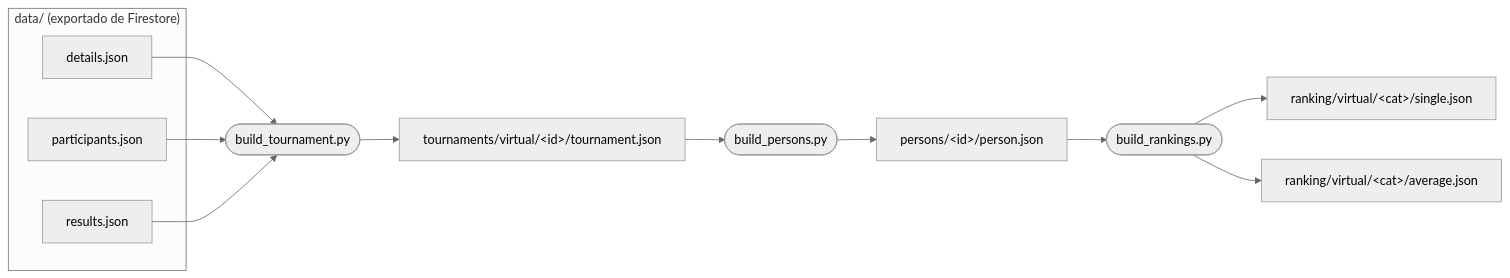
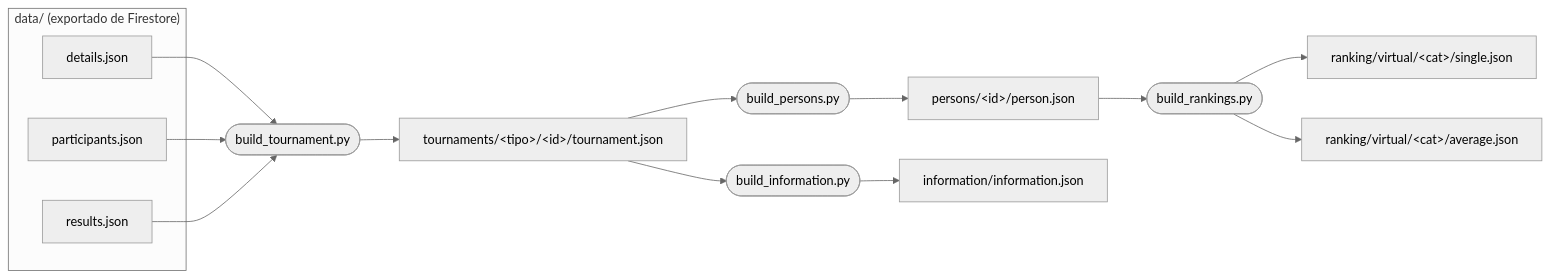
One commit to LegionCubo/LegionCuboData changed the diagram in README.md. Above: the diagram before and after it, drawn with Mermaid (neutral theme). The commit also changed other lines of this file and 1 other file, not shown here.

````diff
--- a/README.md
+++ b/README.md
@@ -7,18 +7,21 @@
 ```mermaid
 flowchart LR
     subgraph data["data/ (exportado de Firestore)"]
         D1[details.json]
         D2[participants.json]
         D3[results.json]
     end
 
     D1 & D2 & D3 --> S1([build_tournament.py])
-    S1 --> T["tournaments/virtual/&lt;id&gt;/tournament.json"]
+    S1 --> T["tournaments/&lt;tipo&gt;/&lt;id&gt;/tournament.json"]
 
     T --> S2([build_persons.py])
     S2 --> P["persons/&lt;id&gt;/person.json"]
 
     P --> S3([build_rankings.py])
     S3 --> R1["ranking/virtual/&lt;cat&gt;/single.json"]
     S3 --> R2["ranking/virtual/&lt;cat&gt;/average.json"]
+
+    T --> S4([build_information.py])
+    S4 --> I["information/information.json"]
 ```
````
